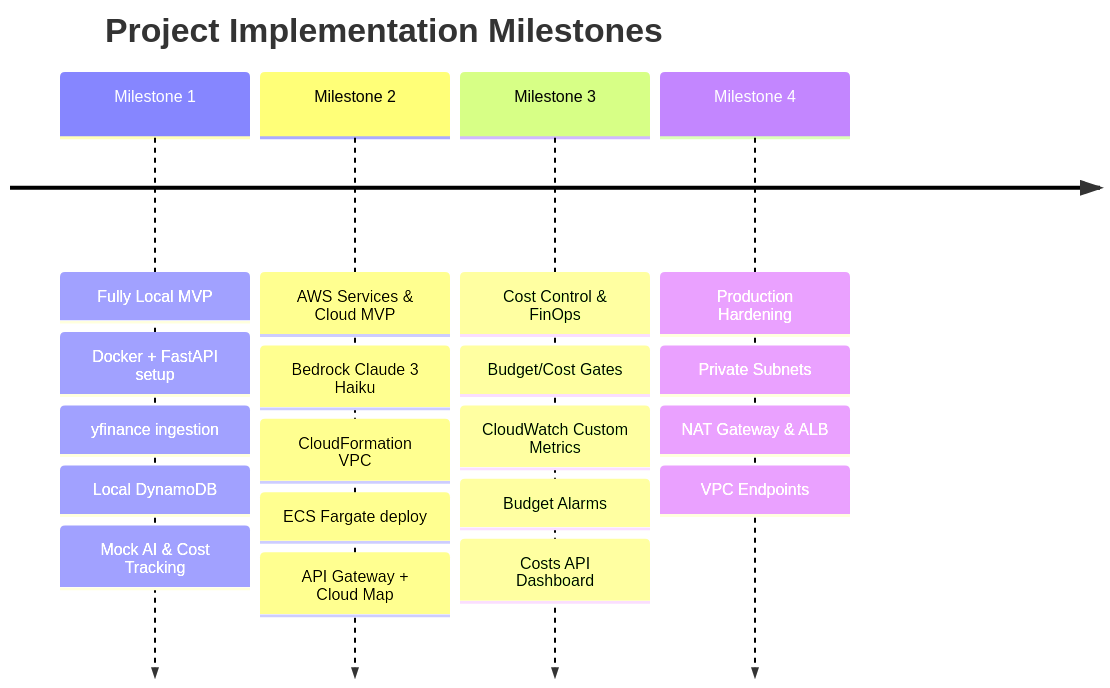
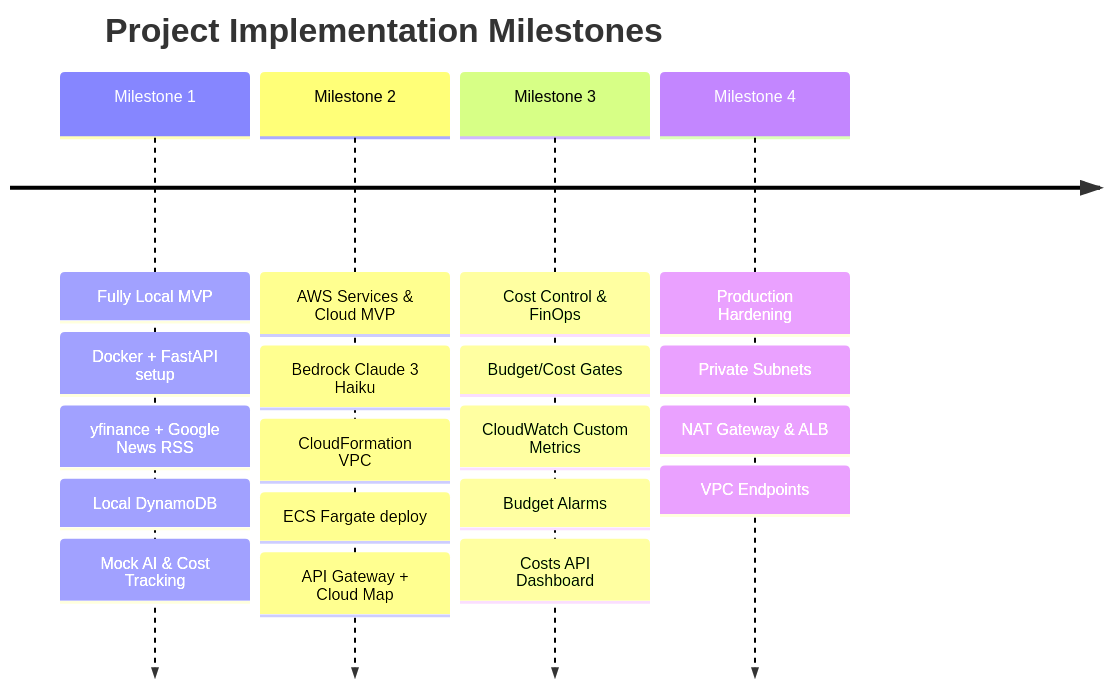
One commit to water-bear-dev/Cost-Aware-Market-Insights-Engine changed the third of 6 diagrams in system-design/system_overview.md. Above: the diagram before and after it, drawn with Mermaid. The commit also changed other lines of this file and 11 other files, not shown here.

Commit message:
feat: Introduce initial project documentation, a basic frontend dashboard, and update data ingestion to include Google News RSS.

````diff
--- a/system-design/system_overview.md
+++ b/system-design/system_overview.md
@@ -122,23 +122,23 @@
 ```mermaid
 timeline
     title Project Implementation Milestones
     Milestone 1 : Fully Local MVP
                 : Docker + FastAPI setup
-                : yfinance ingestion
+                : yfinance + Google News RSS
                 : Local DynamoDB
                 : Mock AI & Cost Tracking
     Milestone 2 : AWS Services & Cloud MVP
                 : Bedrock Claude 3 Haiku
                 : CloudFormation VPC
                 : ECS Fargate deploy
                 : API Gateway + Cloud Map
     Milestone 3 : Cost Control & FinOps
                 : Budget/Cost Gates
                 : CloudWatch Custom Metrics
                 : Budget Alarms
                 : Costs API Dashboard
     Milestone 4 : Production Hardening
                 : Private Subnets
                 : NAT Gateway & ALB
                 : VPC Endpoints
 ```
````
